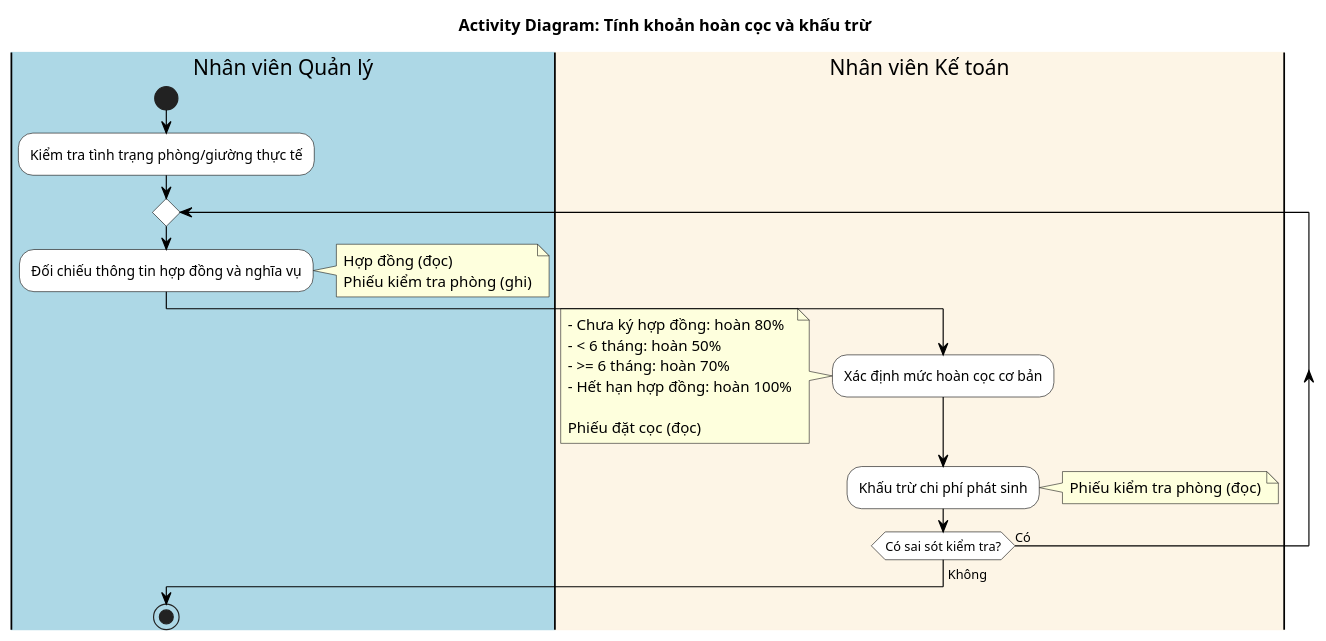
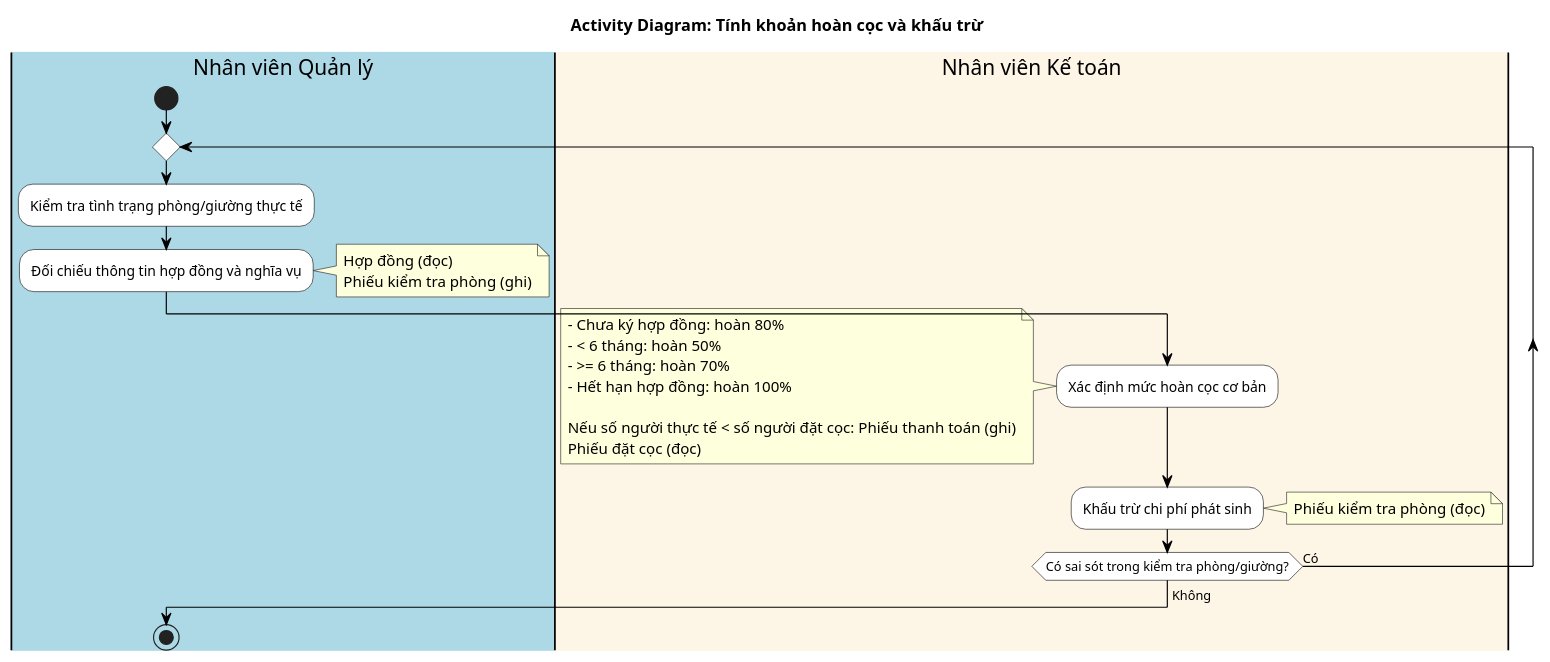
One commit to Gnourt812005/HCMUS-Analyze-and-desgin-IS changed the diagram in doc/business/activity/tinh_khoan_hoan_coc_va_khau_tru.wsd. Above: the diagram before and after it, drawn with PlantUML. The commit also changed 2 other files, not shown here.

Commit message:
activity/quangdo: update thanh_ly_hop_dong, tinh_khoan_hoan_coc_va_khau_tru and yeu_cau_tra_phong

```diff
--- a/doc/business/activity/tinh_khoan_hoan_coc_va_khau_tru.wsd
+++ b/doc/business/activity/tinh_khoan_hoan_coc_va_khau_tru.wsd
@@ -1,52 +1,52 @@
 @startuml
 title Activity Diagram: Tính khoản hoàn cọc và khấu trừ
 
 ' General config
 skinparam activity {
     BackgroundColor White
     BorderColor Black
     ArrowColor Black
 }
 skinparam swimlane {
     BorderColor Black
 }
 
 ' Swimlanes
 |#LightBlue|Nhân viên Quản lý|
 |#OldLace|Nhân viên Kế toán|
 
 ' Start
 |Nhân viên Quản lý|
 start
+repeat
 :Kiểm tra tình trạng phòng/giường thực tế;
-
-repeat
 
 :Đối chiếu thông tin hợp đồng và nghĩa vụ;
 note right
   Hợp đồng (đọc)
   Phiếu kiểm tra phòng (ghi)
 end note
 
 |Nhân viên Kế toán|
 :Xác định mức hoàn cọc cơ bản;
 note left
   - Chưa ký hợp đồng: hoàn 80%
   - < 6 tháng: hoàn 50%
   - >= 6 tháng: hoàn 70%
   - Hết hạn hợp đồng: hoàn 100%
 
+  Nếu số người thực tế < số người đặt cọc: Phiếu thanh toán (ghi)
   Phiếu đặt cọc (đọc)
 end note
 
 :Khấu trừ chi phí phát sinh;
 note right
   Phiếu kiểm tra phòng (đọc)
 end note
 
-repeat while (Có sai sót kiểm tra?) is (Có)
+repeat while (Có sai sót trong kiểm tra phòng/giường?) is (Có)
     |Nhân viên Quản lý|
 ->Không;
 stop
 
 @enduml
```
